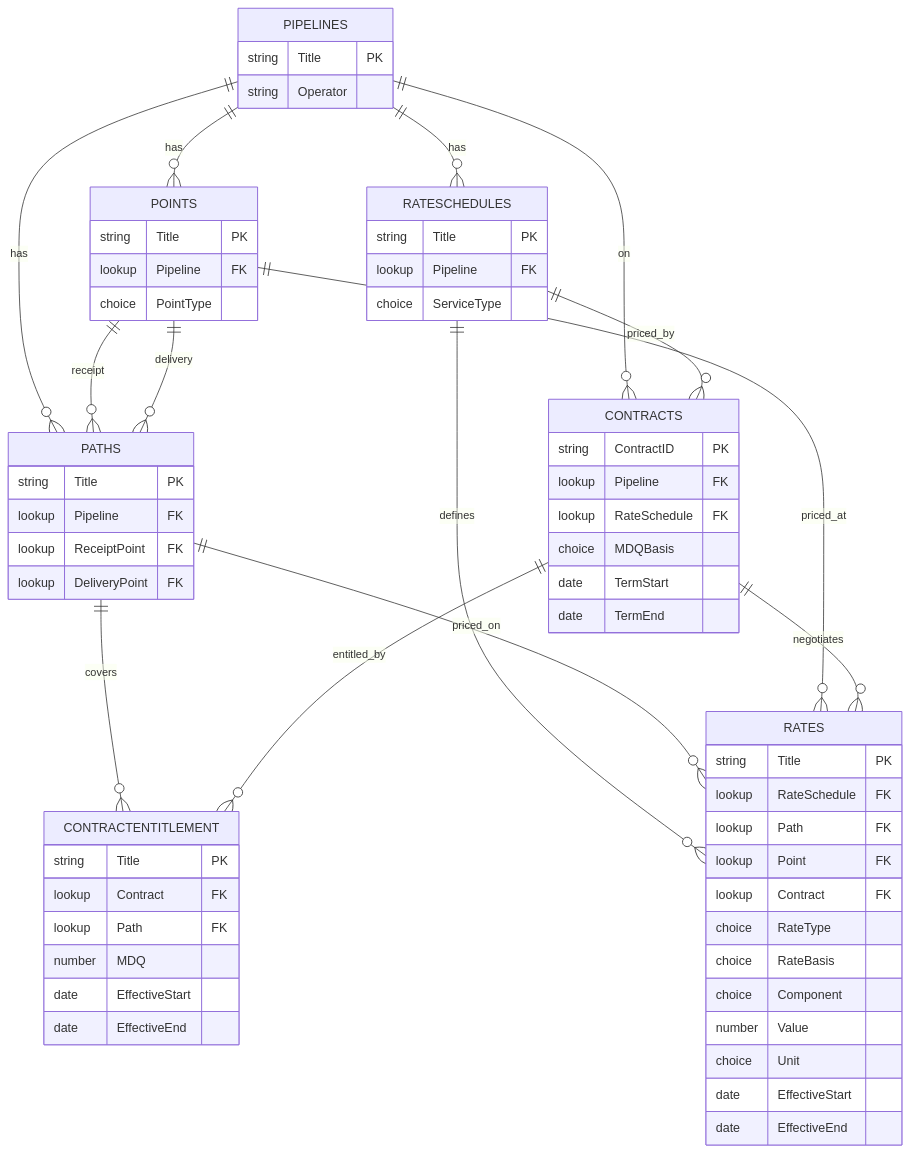
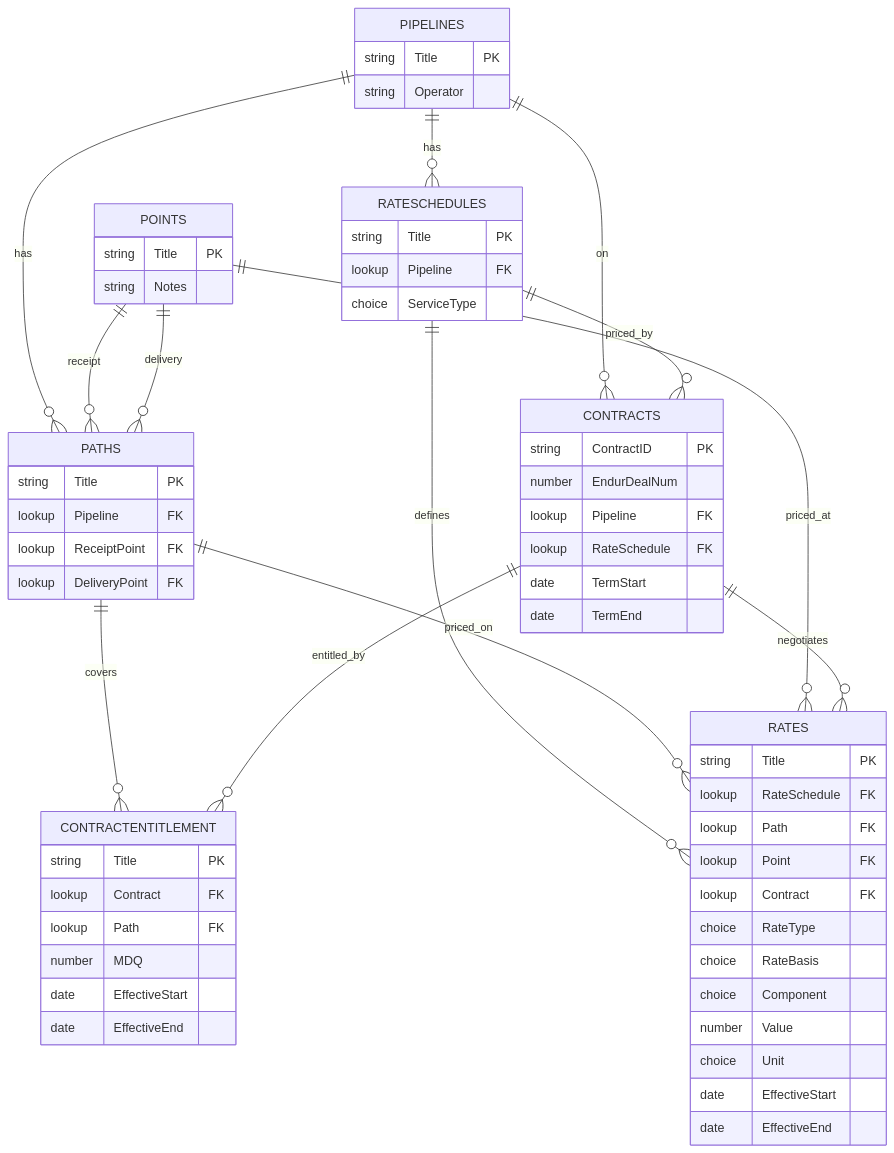
Before and after one commit to ClockworkFTW/gaswatch: the diagram in docs/pipeline-rate-database-setup-plan.md, drawn with Mermaid. The commit also changed other lines of this file and 1 other file, not shown here.

Commit message:
Update pipeline rate database setup plan

````diff
--- a/docs/pipeline-rate-database-setup-plan.md
+++ b/docs/pipeline-rate-database-setup-plan.md
@@ -13,66 +11,64 @@
 ```mermaid
 erDiagram
   PIPELINES ||--o{ RATESCHEDULES : has
-  PIPELINES ||--o{ POINTS : has
   PIPELINES ||--o{ PATHS : has
   PIPELINES ||--o{ CONTRACTS : on
   POINTS ||--o{ PATHS : receipt
   POINTS ||--o{ PATHS : delivery
   RATESCHEDULES ||--o{ CONTRACTS : priced_by
   RATESCHEDULES ||--o{ RATES : defines
   PATHS ||--o{ RATES : priced_on
   PATHS ||--o{ CONTRACTENTITLEMENT : covers
   POINTS ||--o{ RATES : priced_at
   CONTRACTS ||--o{ CONTRACTENTITLEMENT : entitled_by
   CONTRACTS ||--o{ RATES : negotiates
   PIPELINES {
     string Title PK
     string Operator
   }
   RATESCHEDULES {
     string Title PK
     lookup Pipeline FK
     choice ServiceType
   }
   POINTS {
     string Title PK
-    lookup Pipeline FK
-    choice PointType
+    string Notes
   }
   PATHS {
     string Title PK
     lookup Pipeline FK
     lookup ReceiptPoint FK
     lookup DeliveryPoint FK
   }
   CONTRACTS {
     string ContractID PK
+    number EndurDealNum
     lookup Pipeline FK
     lookup RateSchedule FK
-    choice MDQBasis
     date TermStart
     date TermEnd
   }
   CONTRACTENTITLEMENT {
     string Title PK
     lookup Contract FK
     lookup Path FK
     number MDQ
     date EffectiveStart
     date EffectiveEnd
   }
   RATES {
     string Title PK
     lookup RateSchedule FK
     lookup Path FK
     lookup Point FK
     lookup Contract FK
     choice RateType
     choice RateBasis
     choice Component
     number Value
     choice Unit
     date EffectiveStart
     date EffectiveEnd
   }
 ```
````
